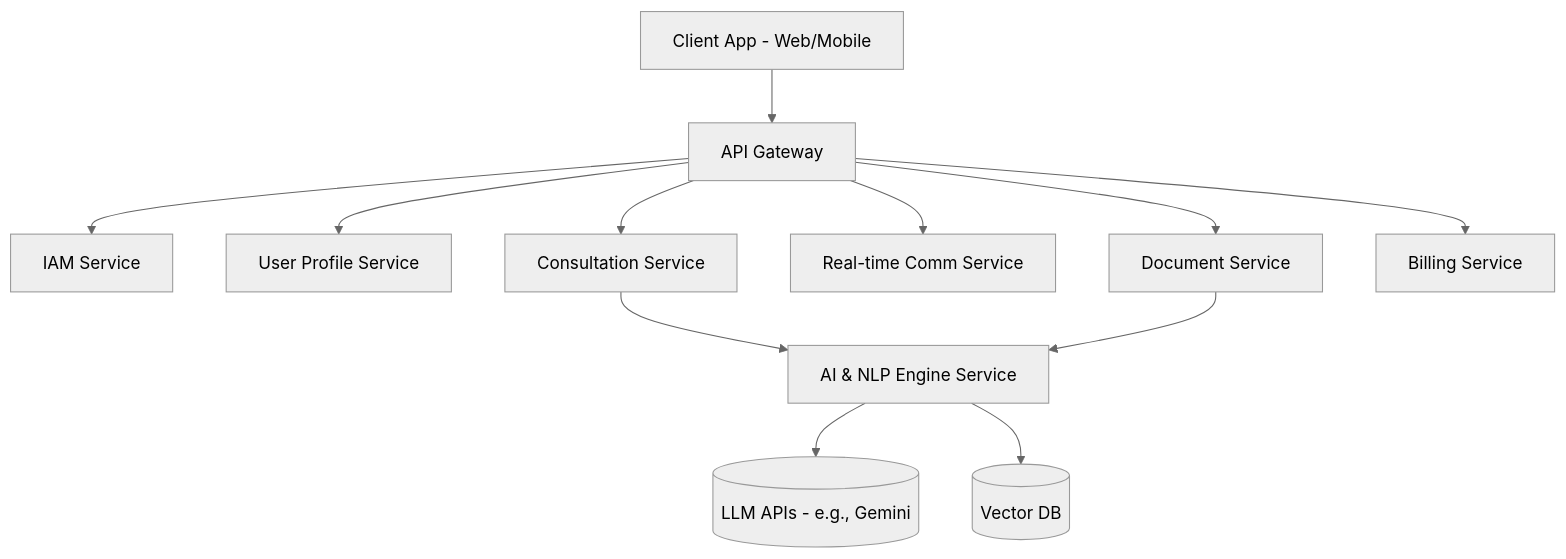
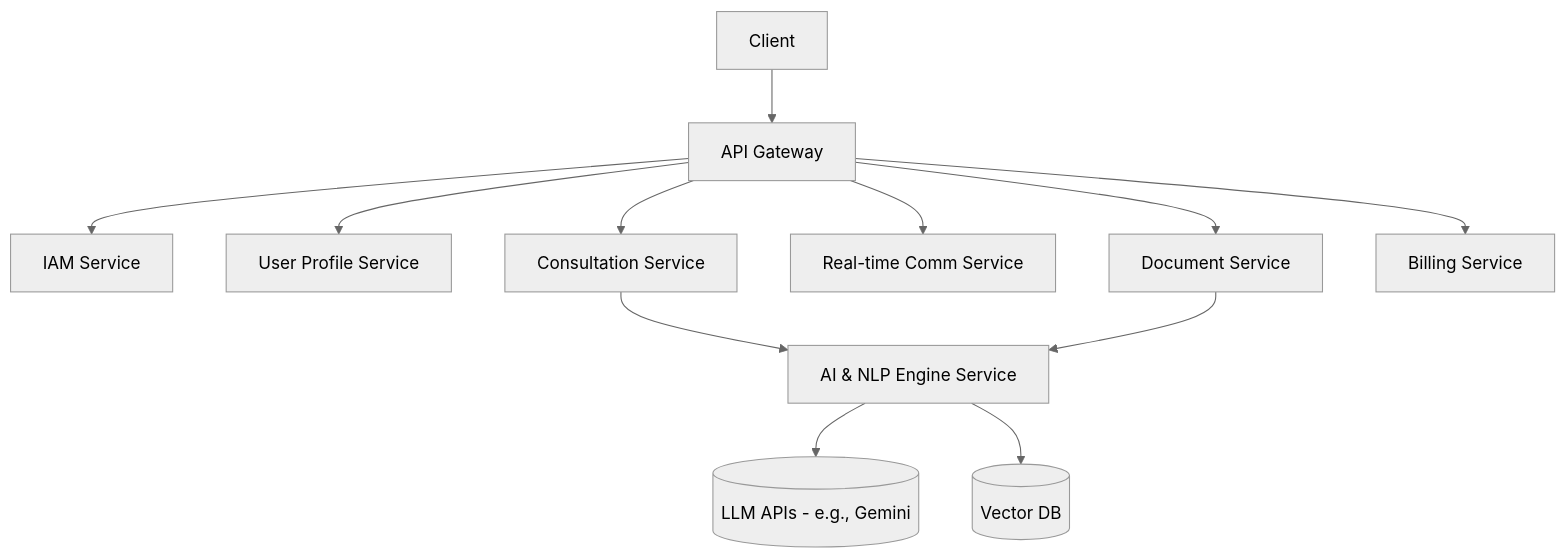
Before and after one commit to 20206205Tech/docs-domain-invariants: the diagram in README.md, drawn with Mermaid (neutral theme).

````diff
--- a/README.md
+++ b/README.md
@@ -9,17 +9,17 @@
 ```mermaid
 graph TD
-    ClientApp[Client App - Web/Mobile] --> API_Gateway[API Gateway]
+    Client[Client] --> API_Gateway[API Gateway]
 
     API_Gateway --> IAM[IAM Service]
     API_Gateway --> UserDirectory[User Profile Service]
     API_Gateway --> Consultation[Consultation Service]
     API_Gateway --> Communication[Real-time Comm Service]
     API_Gateway --> Docs[Document Service]
     API_Gateway --> Billing[Billing Service]
 
     Consultation --> AI_Engine[AI & NLP Engine Service]
     Docs --> AI_Engine
 
     AI_Engine --> LLMs[(LLM APIs - e.g., Gemini)]
     AI_Engine --> VectorDB[(Vector DB)]
 ```
````
